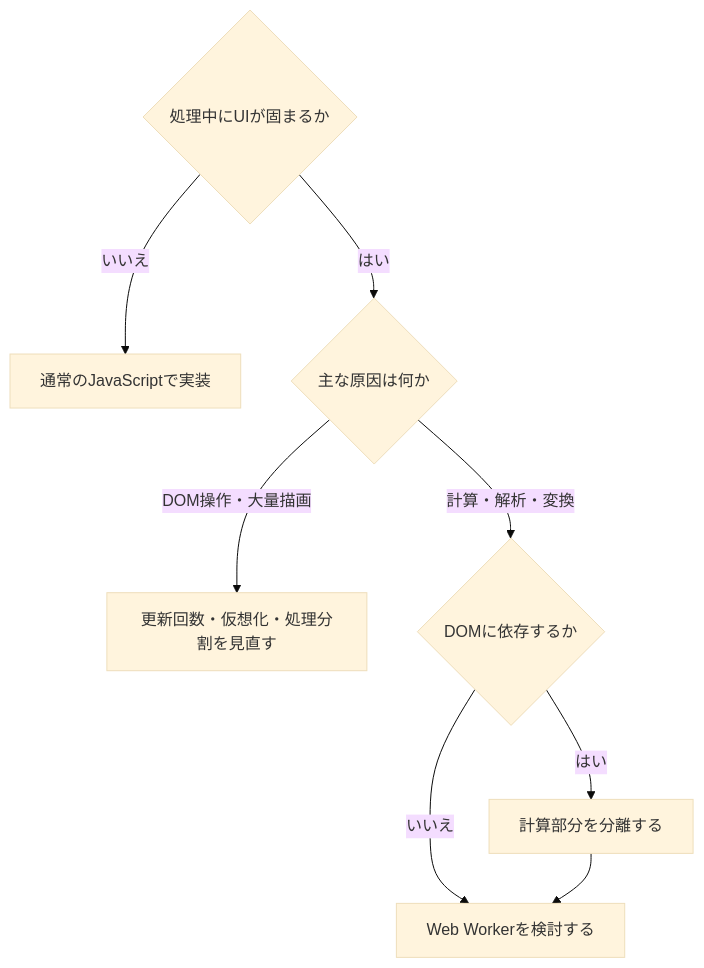
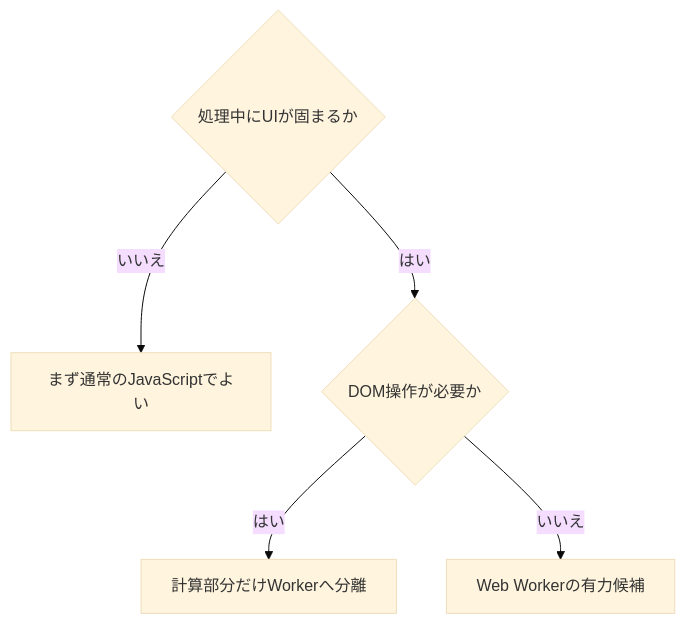
The first of 2 diagrams in src/content/blog/ja/web-worker-basics.mdx (Yusaku01/my-personal-blog), drawn with Mermaid (base theme) before and after one commit. The commit also changed other lines of this file, not shown here.

Commit message:
docs: shorten Web Worker article

````diff
--- a/src/content/blog/ja/web-worker-basics.mdx
+++ b/src/content/blog/ja/web-worker-basics.mdx
@@ -99,11 +47,8 @@
 ```mermaid
 flowchart TD
     A{"処理中にUIが固まるか"}
-    A -->|"いいえ"| B["通常のJavaScriptで実装"]
-    A -->|"はい"| C{"主な原因は何か"}
-    C -->|"DOM操作・大量描画"| D["更新回数・仮想化・処理分割を見直す"]
-    C -->|"計算・解析・変換"| E{"DOMに依存するか"}
-    E -->|"はい"| F["計算部分を分離する"]
-    E -->|"いいえ"| G["Web Workerを検討する"]
-    F --> G
+    A -->|"いいえ"| B["まず通常のJavaScriptでよい"]
+    A -->|"はい"| C{"DOM操作が必要か"}
+    C -->|"はい"| D["計算部分だけWorkerへ分離"]
+    C -->|"いいえ"| E["Web Workerの有力候補"]
 ```
````
